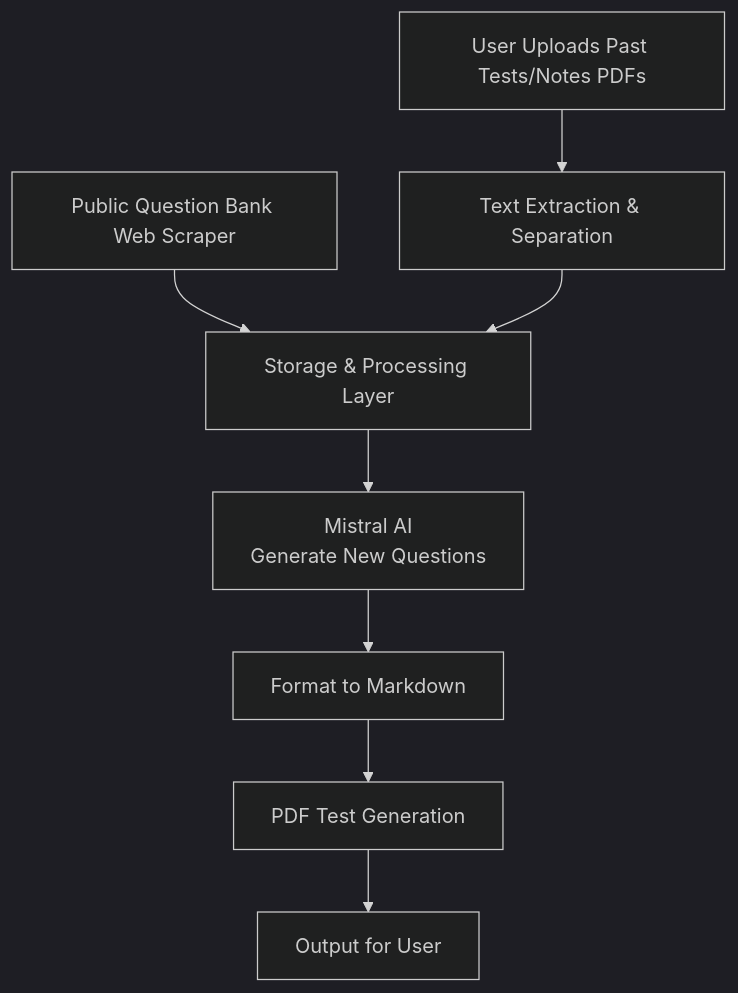
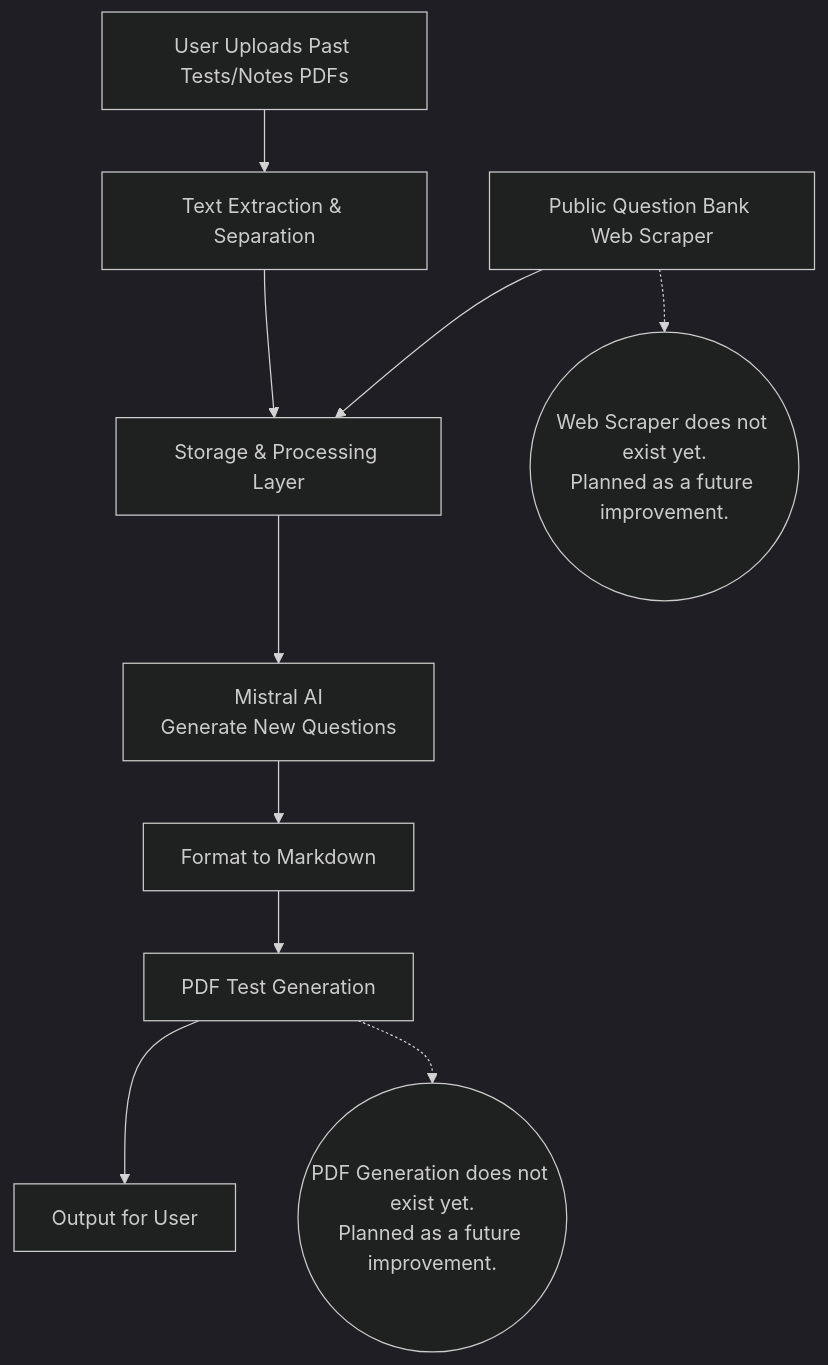
One commit to NadimMussaDaud/MistralAIExamsGenerationApp changed the diagram in README.md. Above: the diagram before and after it, drawn with Mermaid (dark theme).

Commit message:
Document planned features in README
Added notes for future features in the README.

````diff
--- a/README.md
+++ b/README.md
@@ -17,14 +17,18 @@
 ```mermaid
 flowchart TD
     A[User Uploads Past Tests/Notes PDFs] --> B[Text Extraction & Separation]
     C[Public Question Bank Web Scraper] --> D[Storage & Processing Layer]
     B --> D
 
     D --> E2[Mistral AI<br>Generate New Questions]
     E3[Format to Markdown]
 
     E2 --> E3
  
     E3 --> G[PDF Test Generation]
     G --> H[Output for User]
+
+    %% Notes for features that don't exist yet
+    C -.-> Note1((Web Scraper does not exist yet.<br>Planned as a future improvement.))
+    G -.-> Note2((PDF Generation does not exist yet.<br>Planned as a future improvement.))
 ```
````
